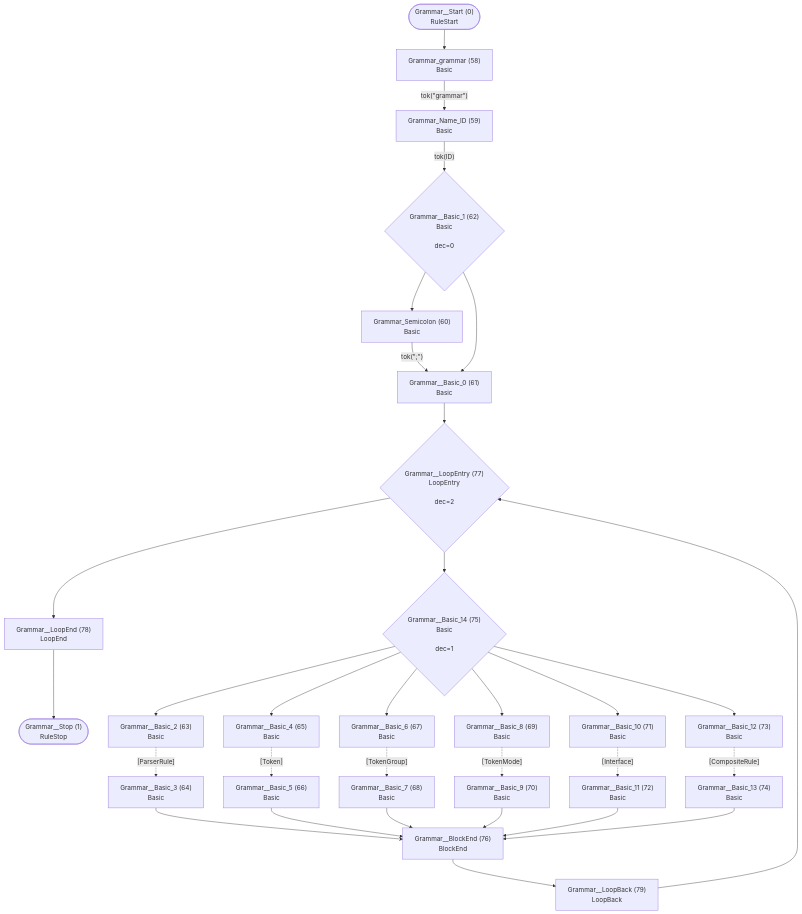
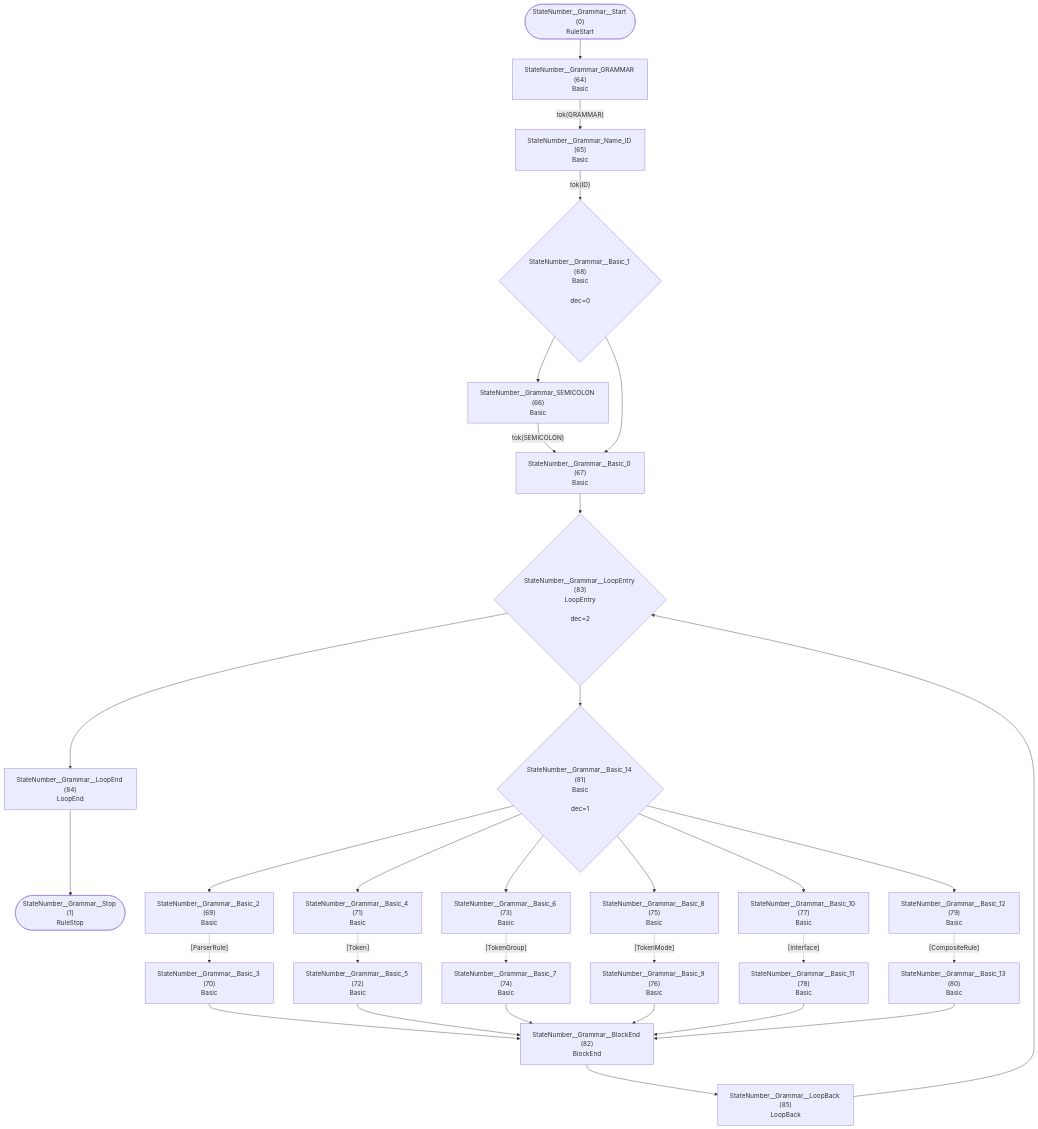
One commit to TypeFox/fastbelt changed the first of 32 diagrams in internal/grammar/atn.md. Above: the diagram before and after it, drawn with Mermaid. The commit also changed other lines of this file and 5 other files, not shown here.

````diff
--- a/internal/grammar/atn.md
+++ b/internal/grammar/atn.md
@@ -5,58 +5,58 @@
 ```mermaid
 flowchart TD
-    q0(["Grammar__Start (0)<br/>RuleStart"])
-    q1(["Grammar__Stop (1)<br/>RuleStop"])
-    q58["Grammar_grammar (58)<br/>Basic<br/>"]
-    q59["Grammar_Name_ID (59)<br/>Basic<br/>"]
-    q60["Grammar_Semicolon (60)<br/>Basic<br/>"]
-    q61["Grammar__Basic_0 (61)<br/>Basic<br/>"]
-    q62{"Grammar__Basic_1 (62)<br/>Basic<br/><br/>dec=0"}
-    q63["Grammar__Basic_2 (63)<br/>Basic<br/>"]
-    q64["Grammar__Basic_3 (64)<br/>Basic<br/>"]
-    q65["Grammar__Basic_4 (65)<br/>Basic<br/>"]
-    q66["Grammar__Basic_5 (66)<br/>Basic<br/>"]
-    q67["Grammar__Basic_6 (67)<br/>Basic<br/>"]
-    q68["Grammar__Basic_7 (68)<br/>Basic<br/>"]
-    q69["Grammar__Basic_8 (69)<br/>Basic<br/>"]
-    q70["Grammar__Basic_9 (70)<br/>Basic<br/>"]
-    q71["Grammar__Basic_10 (71)<br/>Basic<br/>"]
-    q72["Grammar__Basic_11 (72)<br/>Basic<br/>"]
-    q73["Grammar__Basic_12 (73)<br/>Basic<br/>"]
-    q74["Grammar__Basic_13 (74)<br/>Basic<br/>"]
-    q75{"Grammar__Basic_14 (75)<br/>Basic<br/><br/>dec=1"}
-    q76["Grammar__BlockEnd (76)<br/>BlockEnd<br/>"]
-    q77{"Grammar__LoopEntry (77)<br/>LoopEntry<br/><br/>dec=2"}
-    q78["Grammar__LoopEnd (78)<br/>LoopEnd<br/>"]
-    q79["Grammar__LoopBack (79)<br/>LoopBack<br/>"]
+    q0(["StateNumber__Grammar__Start (0)<br/>RuleStart"])
+    q1(["StateNumber__Grammar__Stop (1)<br/>RuleStop"])
+    q64["StateNumber__Grammar_GRAMMAR (64)<br/>Basic<br/>"]
+    q65["StateNumber__Grammar_Name_ID (65)<br/>Basic<br/>"]
+    q66["StateNumber__Grammar_SEMICOLON (66)<br/>Basic<br/>"]
+    q67["StateNumber__Grammar__Basic_0 (67)<br/>Basic<br/>"]
+    q68{"StateNumber__Grammar__Basic_1 (68)<br/>Basic<br/><br/>dec=0"}
+    q69["StateNumber__Grammar__Basic_2 (69)<br/>Basic<br/>"]
+    q70["StateNumber__Grammar__Basic_3 (70)<br/>Basic<br/>"]
+    q71["StateNumber__Grammar__Basic_4 (71)<br/>Basic<br/>"]
+    q72["StateNumber__Grammar__Basic_5 (72)<br/>Basic<br/>"]
+    q73["StateNumber__Grammar__Basic_6 (73)<br/>Basic<br/>"]
+    q74["StateNumber__Grammar__Basic_7 (74)<br/>Basic<br/>"]
+    q75["StateNumber__Grammar__Basic_8 (75)<br/>Basic<br/>"]
+    q76["StateNumber__Grammar__Basic_9 (76)<br/>Basic<br/>"]
+    q77["StateNumber__Grammar__Basic_10 (77)<br/>Basic<br/>"]
+    q78["StateNumber__Grammar__Basic_11 (78)<br/>Basic<br/>"]
+    q79["StateNumber__Grammar__Basic_12 (79)<br/>Basic<br/>"]
+    q80["StateNumber__Grammar__Basic_13 (80)<br/>Basic<br/>"]
+    q81{"StateNumber__Grammar__Basic_14 (81)<br/>Basic<br/><br/>dec=1"}
+    q82["StateNumber__Grammar__BlockEnd (82)<br/>BlockEnd<br/>"]
+    q83{"StateNumber__Grammar__LoopEntry (83)<br/>LoopEntry<br/><br/>dec=2"}
+    q84["StateNumber__Grammar__LoopEnd (84)<br/>LoopEnd<br/>"]
+    q85["StateNumber__Grammar__LoopBack (85)<br/>LoopBack<br/>"]
 
-    q0 --> q58
-    q58 -->|"tok(&quot;grammar&quot;)"| q59
-    q59 -->|"tok(ID)"| q62
-    q60 -->|"tok(&quot;;&quot;)"| q61
-    q61 --> q77
-    q62 --> q60
-    q62 --> q61
-    q63 -.->|"[ParserRule]"| q64
-    q64 --> q76
-    q65 -.->|"[Token]"| q66
-    q66 --> q76
-    q67 -.->|"[TokenGroup]"| q68
-    q68 --> q76
-    q69 -.->|"[TokenMode]"| q70
-    q70 --> q76
-    q71 -.->|"[Interface]"| q72
-    q72 --> q76
-    q73 -.->|"[CompositeRule]"| q74
-    q74 --> q76
-    q75 --> q63
-    q75 --> q65
-    q75 --> q67
-    q75 --> q69
-    q75 --> q71
-    q75 --> q73
-    q76 --> q79
-    q77 --> q75
-    q77 --> q78
-    q78 --> q1
-    q79 --> q77
+    q0 --> q64
+    q64 -->|"tok(GRAMMAR)"| q65
+    q65 -->|"tok(ID)"| q68
+    q66 -->|"tok(SEMICOLON)"| q67
+    q67 --> q83
+    q68 --> q66
+    q68 --> q67
+    q69 -.->|"[ParserRule]"| q70
+    q70 --> q82
+    q71 -.->|"[Token]"| q72
+    q72 --> q82
+    q73 -.->|"[TokenGroup]"| q74
+    q74 --> q82
+    q75 -.->|"[TokenMode]"| q76
+    q76 --> q82
+    q77 -.->|"[Interface]"| q78
+    q78 --> q82
+    q79 -.->|"[CompositeRule]"| q80
+    q80 --> q82
+    q81 --> q69
+    q81 --> q71
+    q81 --> q73
+    q81 --> q75
+    q81 --> q77
+    q81 --> q79
+    q82 --> q85
+    q83 --> q81
+    q83 --> q84
+    q84 --> q1
+    q85 --> q83
 ```
````
